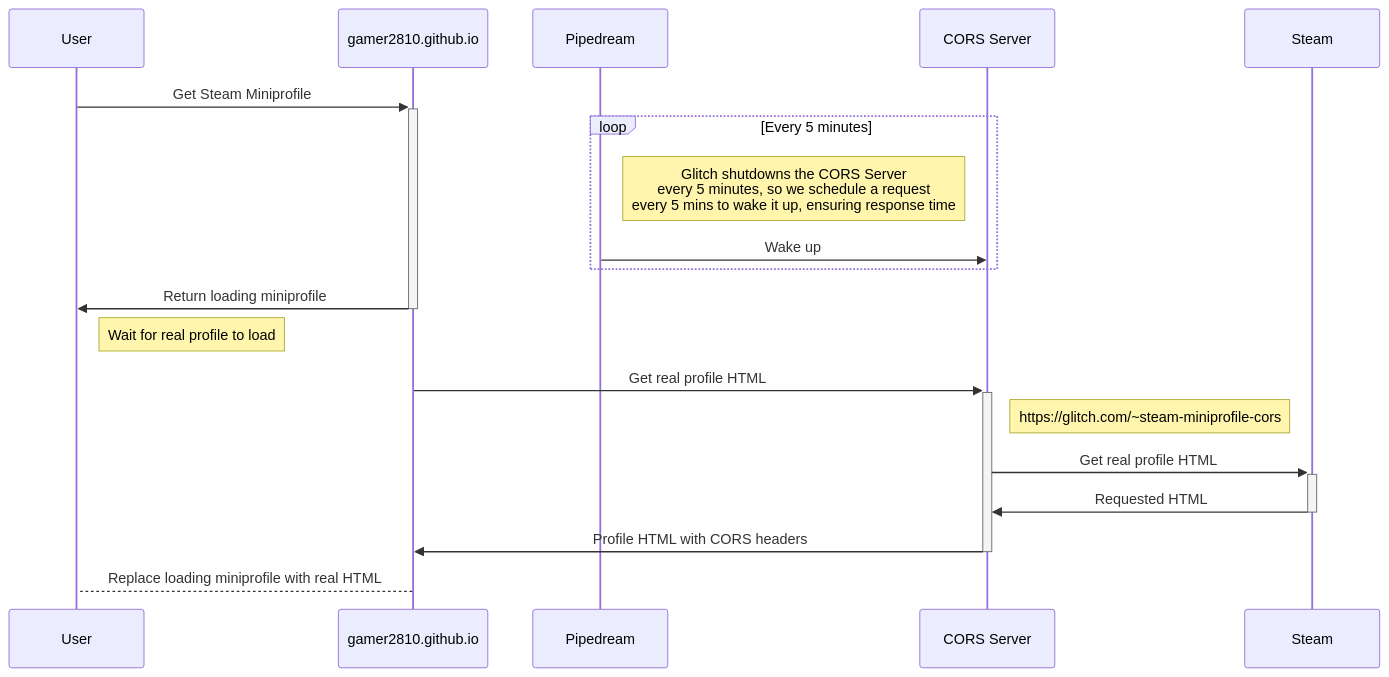
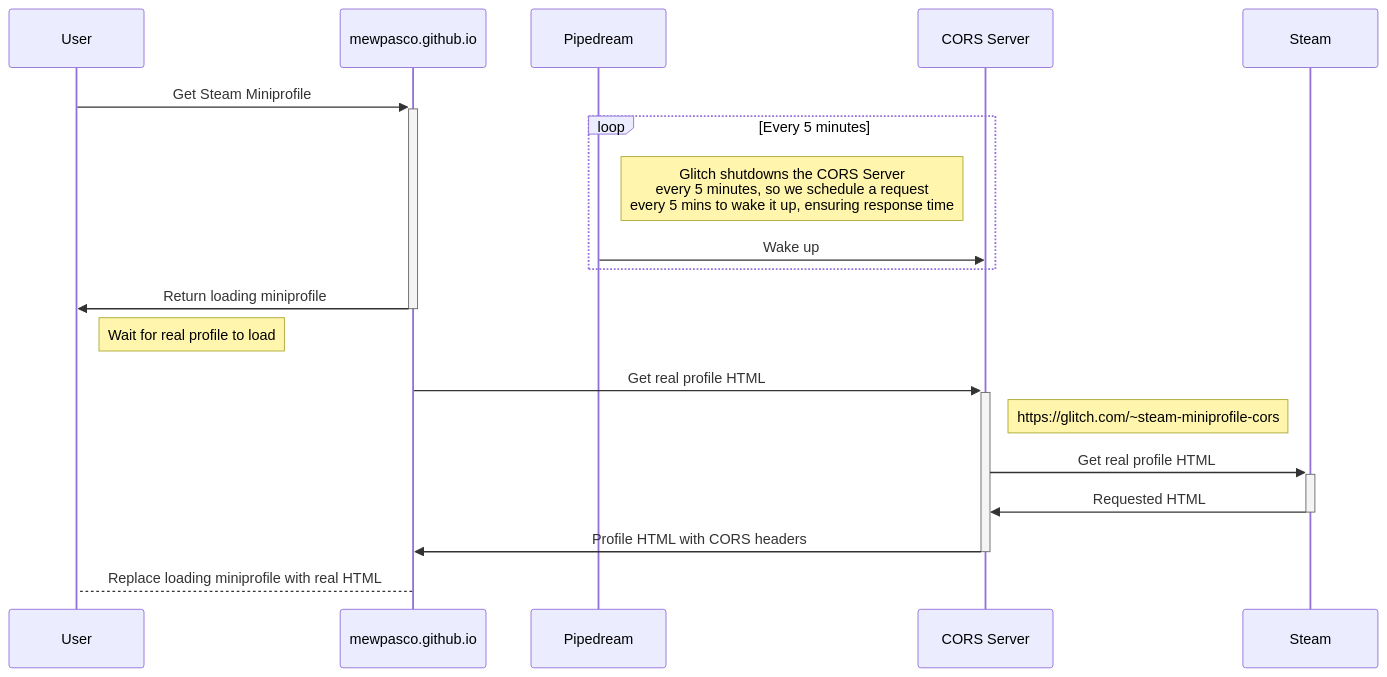
Before and after one commit to MEWPASCO/steam-miniprofile-fork: the diagram in .github/README.md, drawn with Mermaid. The commit also changed other lines of this file and 1 other file, not shown here.

````diff
--- a/.github/README.md
+++ b/.github/README.md
@@ -77,17 +77,17 @@
 ```mermaid
 sequenceDiagram
-    User->>+gamer2810.github.io: Get Steam Miniprofile
+    User->>+mewpasco.github.io: Get Steam Miniprofile
     loop Every 5 minutes
         Note right of Pipedream: Glitch shutdowns the CORS Server<br>every 5 minutes, so we schedule a request<br> every 5 mins to wake it up, ensuring response time
         Pipedream->>CORS Server: Wake up
     end
-    gamer2810.github.io->>-User: Return loading miniprofile
+    mewpasco.github.io->>-User: Return loading miniprofile
     Note right of User: Wait for real profile to load
-    gamer2810.github.io->>+CORS Server: Get real profile HTML
+    mewpasco.github.io->>+CORS Server: Get real profile HTML
     Note right of CORS Server: https://glitch.com/~steam-miniprofile-cors
     CORS Server->>+Steam: Get real profile HTML
     Steam->>-CORS Server: Requested HTML
-    CORS Server->>-gamer2810.github.io:Profile HTML with CORS headers
-    gamer2810.github.io-->User: Replace loading miniprofile with real HTML
+    CORS Server->>-mewpasco.github.io:Profile HTML with CORS headers
+    mewpasco.github.io-->User: Replace loading miniprofile with real HTML
 
 ```
````
